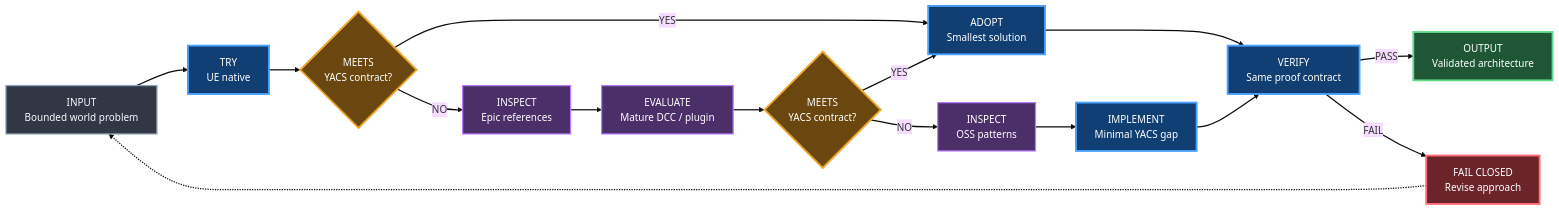
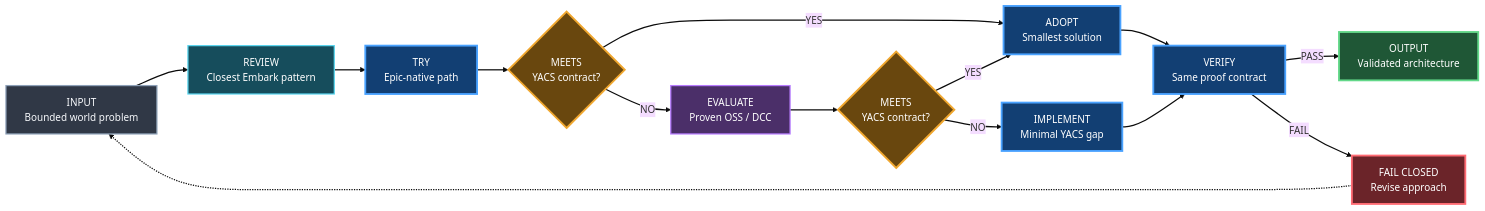
Before and after one commit to karnalooch/YetAnotherCyclingSim: the fourth of 8 diagrams in docs/WORLD_BUILDING_BIBLE.md, drawn with Mermaid (base theme). The commit also changed other lines of this file, not shown here.

Commit message:
docs: align world SSOT with Embark-first policy

````diff
--- a/docs/WORLD_BUILDING_BIBLE.md
+++ b/docs/WORLD_BUILDING_BIBLE.md
@@ -293,35 +296,35 @@
 ```mermaid
 flowchart LR
-    PROBLEM["INPUT<br/>Bounded world problem"] --> NATIVE["TRY<br/>UE native"]
+    PROBLEM["INPUT<br/>Bounded world problem"] --> EMBARK["REVIEW<br/>Closest Embark pattern"]
+    EMBARK --> NATIVE["TRY<br/>Epic-native path"]
     NATIVE --> D1{"MEETS<br/>YACS contract?"}
     D1 -->|"YES"| ADOPT["ADOPT<br/>Smallest solution"]
-    D1 -->|"NO"| EPIC["INSPECT<br/>Epic references"]
-    EPIC --> EXT["EVALUATE<br/>Mature DCC / plugin"]
+    D1 -->|"NO"| EXT["EVALUATE<br/>Proven OSS / DCC"]
     EXT --> D2{"MEETS<br/>YACS contract?"}
     D2 -->|"YES"| ADOPT
-    D2 -->|"NO"| OSS["INSPECT<br/>OSS patterns"]
-    OSS --> CUSTOM["IMPLEMENT<br/>Minimal YACS gap"]
+    D2 -->|"NO"| CUSTOM["IMPLEMENT<br/>Minimal YACS gap"]
     CUSTOM --> VERIFY["VERIFY<br/>Same proof contract"]
     ADOPT --> VERIFY
     VERIFY -->|"PASS"| ACCEPT["OUTPUT<br/>Validated architecture"]
     VERIFY -->|"FAIL"| BLOCK["FAIL CLOSED<br/>Revise approach"]
     BLOCK -.-> PROBLEM
 
     classDef input fill:#303846,stroke:#8ea1b8,color:#f7f9fc,stroke-width:2px;
     classDef exec fill:#123f73,stroke:#49a2ff,color:#ffffff,stroke-width:3px;
     classDef tool fill:#4b2f69,stroke:#b77cff,color:#ffffff,stroke-width:2px;
     classDef decision fill:#69470e,stroke:#f0a72f,color:#ffffff,stroke-width:3px;
     classDef success fill:#1f5736,stroke:#63d889,color:#ffffff,stroke-width:3px;
     classDef danger fill:#6b2429,stroke:#ff6b73,color:#ffffff,stroke-width:3px;
     classDef owned fill:#34373d,stroke:#9da4ae,color:#ffffff,stroke-width:2px;
     classDef evidence fill:#164d5c,stroke:#5bd6ef,color:#ffffff,stroke-width:2px;
 
     class PROBLEM input;
+    class EMBARK evidence;
     class NATIVE,ADOPT,CUSTOM,VERIFY exec;
-    class EPIC,EXT,OSS tool;
+    class EXT tool;
     class D1,D2 decision;
     class ACCEPT success;
     class BLOCK danger;
 
     linkStyle default stroke-width:2px;
 ```
````
